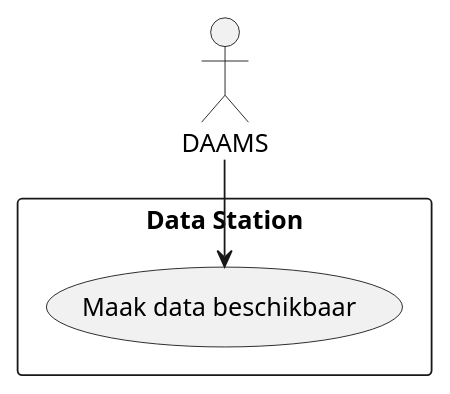
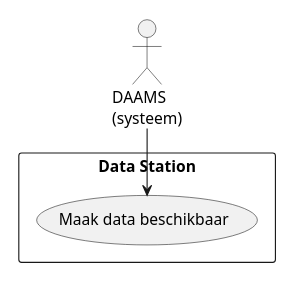
The diagram in docs/proces/klaarzetten.md (Health-RI/data-station-specification), drawn with PlantUML before and after one commit. The commit also changed other lines of this file and 6 other files, not shown here.

````diff
--- a/docs/proces/klaarzetten.md
+++ b/docs/proces/klaarzetten.md
@@ -22,13 +27,13 @@
 ```puml
 @startuml
-scale max 500 width
+scale max 150 width
 
-actor "DAAMS" as DAAMS
+actor "DAAMS\n(systeem)" as DAAMS
 rectangle "Data Station" {
   usecase "Maak data beschikbaar" as UC1
 }
 
 DAAMS --> UC1
 
 @enduml
 ```
````
